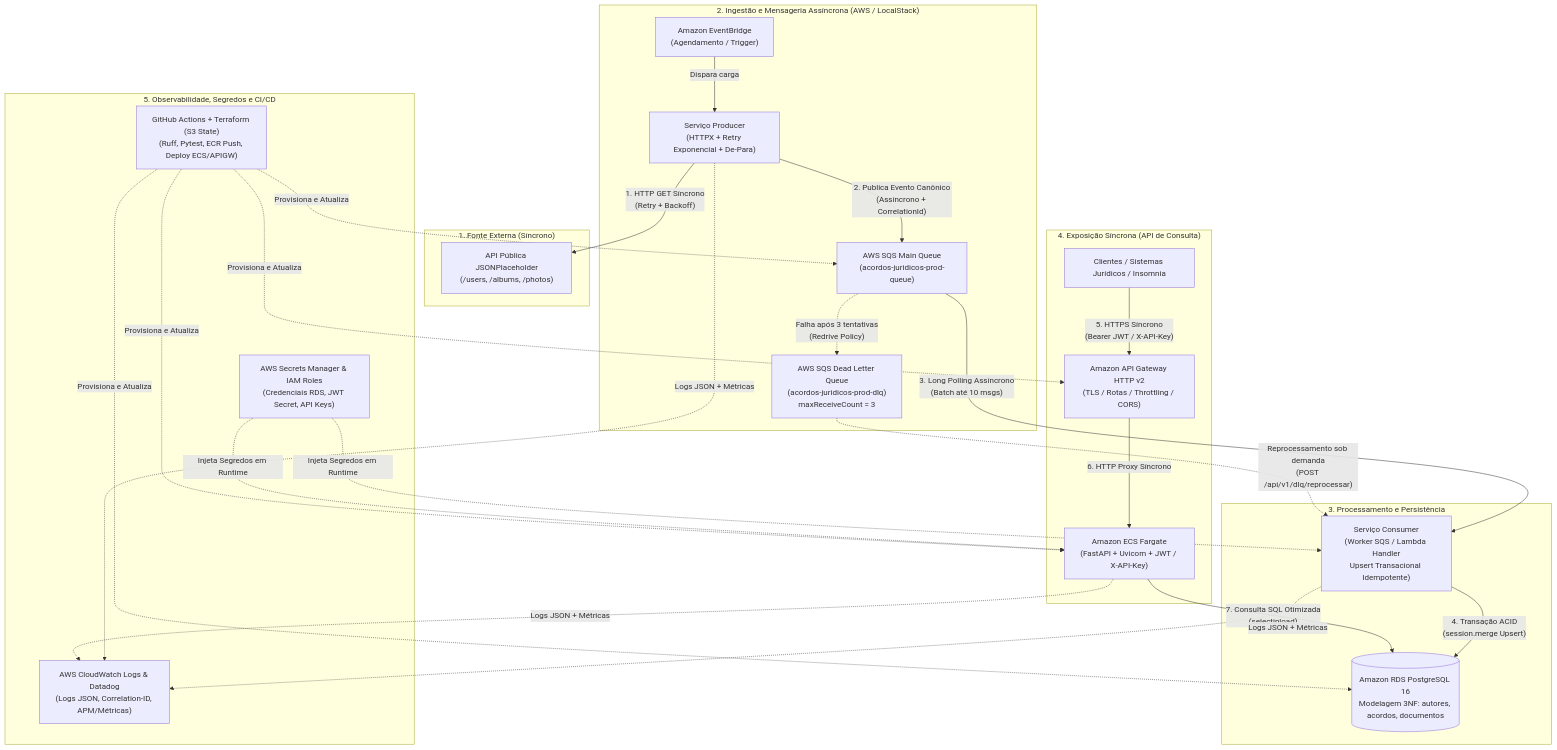
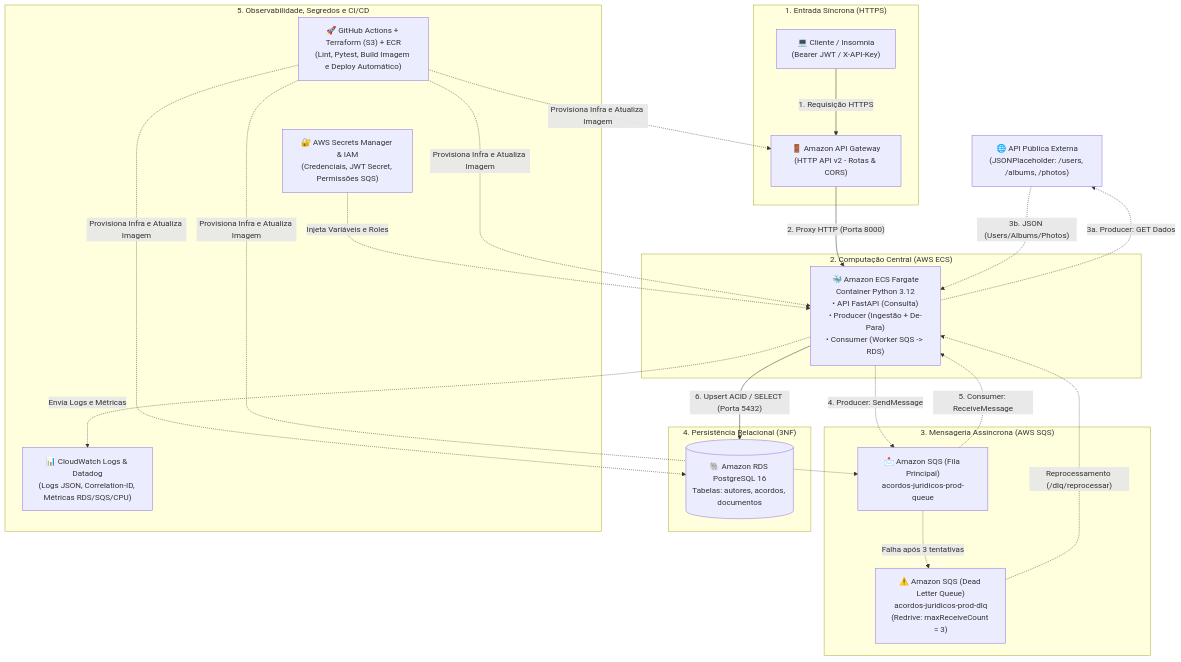
The diagram in README.md (devWallacePessoa/acordos-juridicos-aws), drawn with Mermaid before and after one commit. The commit also changed other lines of this file, not shown here.

Commit message:
docs(readme): align architecture diagram with ECS-centric layout and DLQ

````diff
--- a/README.md
+++ b/README.md
@@ -11,44 +11,50 @@
 ```mermaid
 flowchart TB
-    subgraph Externa["1. Fonte Externa (Síncrono)"]
-        JP["API Pública JSONPlaceholder\n(/users, /albums, /photos)"]
+    %% Topo: API Pública Externa
+    EXT["🌐 API Pública Externa\n(JSONPlaceholder: /users, /albums, /photos)"]
+
+    %% Linha Central: Entrada (Esquerda) -> ECS Fargate (Centro) -> SQS + DLQ (Direita)
+    subgraph Entrada["1. Entrada Síncrona (HTTPS)"]
+        CLIENT["💻 Cliente / Insomnia\n(Bearer JWT / X-API-Key)"]
+        APIGW["🚪 Amazon API Gateway\n(HTTP API v2 - Rotas & CORS)"]
     end
 
-    subgraph Ingestao["2. Ingestão e Mensageria Assíncrona (AWS / LocalStack)"]
-        EB["Amazon EventBridge\n(Agendamento / Trigger)"]
-        PROD["Serviço Producer\n(HTTPX + Retry Exponencial + De-Para)"]
-        SQS["AWS SQS Main Queue\n(acordos-juridicos-prod-queue)"]
-        DLQ["AWS SQS Dead Letter Queue\n(acordos-juridicos-prod-dlq)\nmaxReceiveCount = 3"]
+    subgraph Computacao["2. Computação Central (AWS ECS)"]
+        ECS["🐳 Amazon ECS Fargate\nContainer Python 3.12\n• API FastAPI (Consulta)\n• Producer (Ingestão + De-Para)\n• Consumer (Worker SQS -> RDS)"]
     end
 
-    subgraph Processamento["3. Processamento e Persistência"]
-        CONS["Serviço Consumer\n(Worker SQS / Lambda Handler\nUpsert Transacional Idempotente)"]
-        RDS[("Amazon RDS PostgreSQL 16\nModelagem 3NF: autores, acordos, documentos")]
+    subgraph Mensageria["3. Mensageria Assíncrona (AWS SQS)"]
+        SQS["📩 Amazon SQS (Fila Principal)\nacordos-juridicos-prod-queue"]
+        DLQ["⚠️ Amazon SQS (Dead Letter Queue)\nacordos-juridicos-prod-dlq\n(Redrive: maxReceiveCount = 3)"]
     end
 
-    subgraph Exposicao["4. Exposição Síncrona (API de Consulta)"]
-        CLIENT["Clientes / Sistemas Jurídicos / Insomnia"]
-        APIGW["Amazon API Gateway HTTP v2\n(TLS / Rotas / Throttling / CORS)"]
-        ECS["Amazon ECS Fargate\n(FastAPI + Uvicorn + JWT / X-API-Key)"]
+    %% Base: Banco de Dados Relacional
+    subgraph Banco["4. Persistência Relacional (3NF)"]
+        RDS[("🐘 Amazon RDS PostgreSQL 16\nTabelas: autores, acordos, documentos")]
     end
 
+    %% Governança, Observabilidade e CI/CD
     subgraph Governanca["5. Observabilidade, Segredos e CI/CD"]
-        CW_DD["AWS CloudWatch Logs & Datadog\n(Logs JSON, Correlation-ID, APM/Métricas)"]
-        SM["AWS Secrets Manager & IAM Roles\n(Credenciais RDS, JWT Secret, API Keys)"]
-        CICD["GitHub Actions + Terraform (S3 State)\n(Ruff, Pytest, ECR Push, Deploy ECS/APIGW)"]
+        CW_DD["📊 CloudWatch Logs & Datadog\n(Logs JSON, Correlation-ID, Métricas RDS/SQS/CPU)"]
+        SM["🔐 AWS Secrets Manager & IAM\n(Credenciais, JWT Secret, Permissões SQS)"]
+        CICD["🚀 GitHub Actions + Terraform (S3) + ECR\n(Lint, Pytest, Build Imagem e Deploy Automático)"]
     end
 
-    EB -->|"Dispara carga"| PROD
-    PROD -->|"1. HTTP GET Síncrono\n(Retry + Backoff)"| JP
-    PROD -->|"2. Publica Evento Canônico\n(Assíncrono + CorrelationId)"| SQS
-    SQS -.->|"Falha após 3 tentativas\n(Redrive Policy)"| DLQ
-    SQS -->|"3. Long Polling Assíncrono\n(Batch até 10 msgs)"| CONS
-    DLQ -.->|"Reprocessamento sob demanda\n(POST /api/v1/dlq/reprocessar)"| CONS
-    CONS -->|"4. Transação ACID\n(session.merge Upsert)"| RDS
-    CLIENT -->|"5. HTTPS Síncrono\n(Bearer JWT / X-API-Key)"| APIGW
-    APIGW -->|"6. HTTP Proxy Síncrono"| ECS
-    ECS -->|"7. Consulta SQL Otimizada\n(selectinload)"| RDS
-    PROD & CONS & ECS -.->|"Logs JSON + Métricas"| CW_DD
-    SM -.->|"Injeta Segredos em Runtime"| ECS & CONS
-    CICD -.->|"Provisiona e Atualiza"| APIGW & ECS & RDS & SQS
+    %% Ligações Síncronas (Setas Contínuas)
+    CLIENT -->|"1. Requisição HTTPS"| APIGW
+    APIGW -->|"2. Proxy HTTP (Porta 8000)"| ECS
+    ECS -->|"6. Upsert ACID / SELECT (Porta 5432)"| RDS
+
+    %% Ligações de Carga e Mensageria (Setas Tracejadas como no seu desenho)
+    ECS -.->|"3a. Producer: GET Dados"| EXT
+    EXT -.->|"3b. JSON (Users/Albums/Photos)"| ECS
+    ECS -.->|"4. Producer: SendMessage"| SQS
+    SQS -.->|"5. Consumer: ReceiveMessage"| ECS
+    SQS -.->|"Falha após 3 tentativas"| DLQ
+    DLQ -.->|"Reprocessamento (/dlq/reprocessar)"| ECS
+
+    %% Ligações de Governança
+    ECS -.->|"Envia Logs e Métricas"| CW_DD
+    SM -.->|"Injeta Variáveis e Roles"| ECS
+    CICD -.->|"Provisiona Infra e Atualiza Imagem"| ECS & APIGW & SQS & RDS
 ```
````
